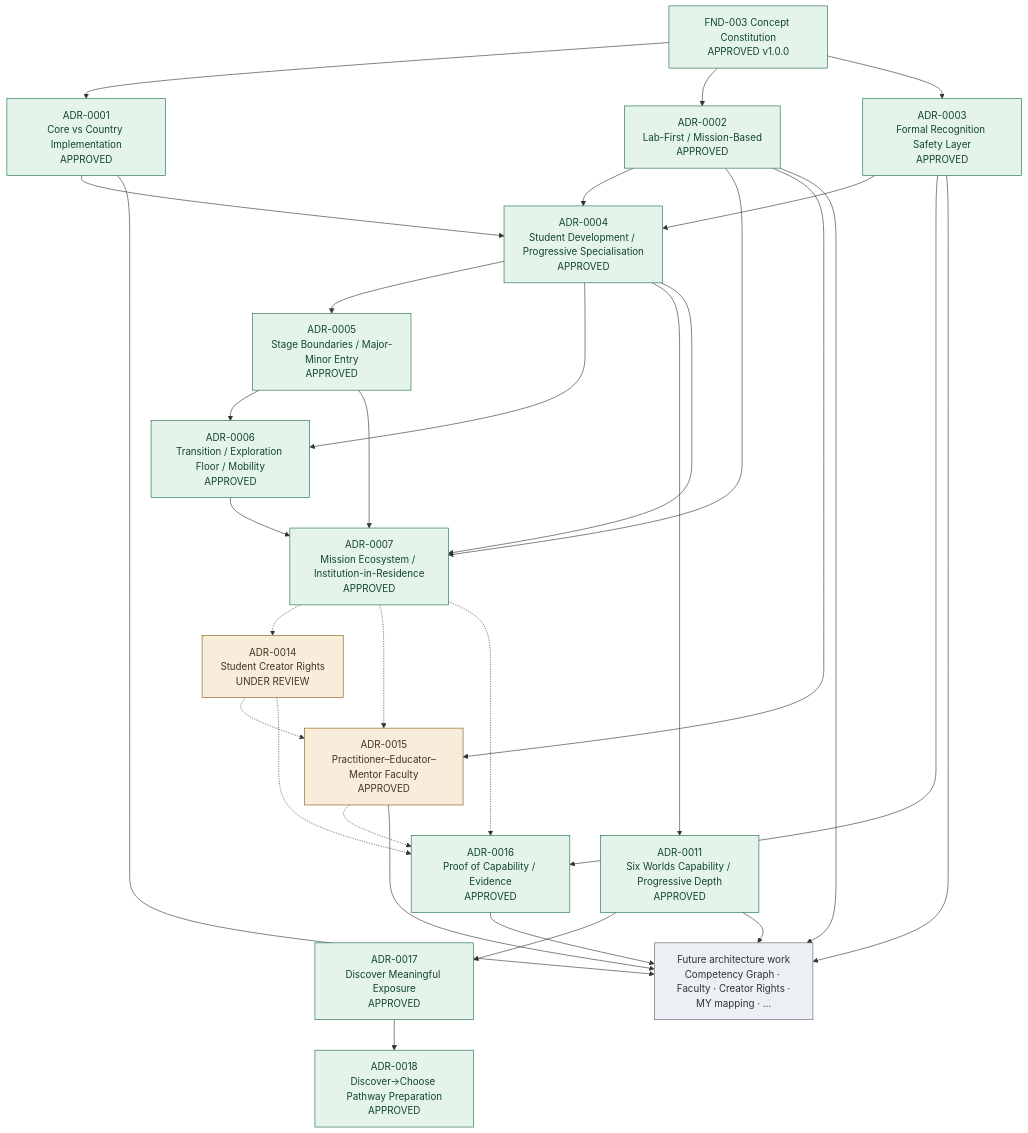
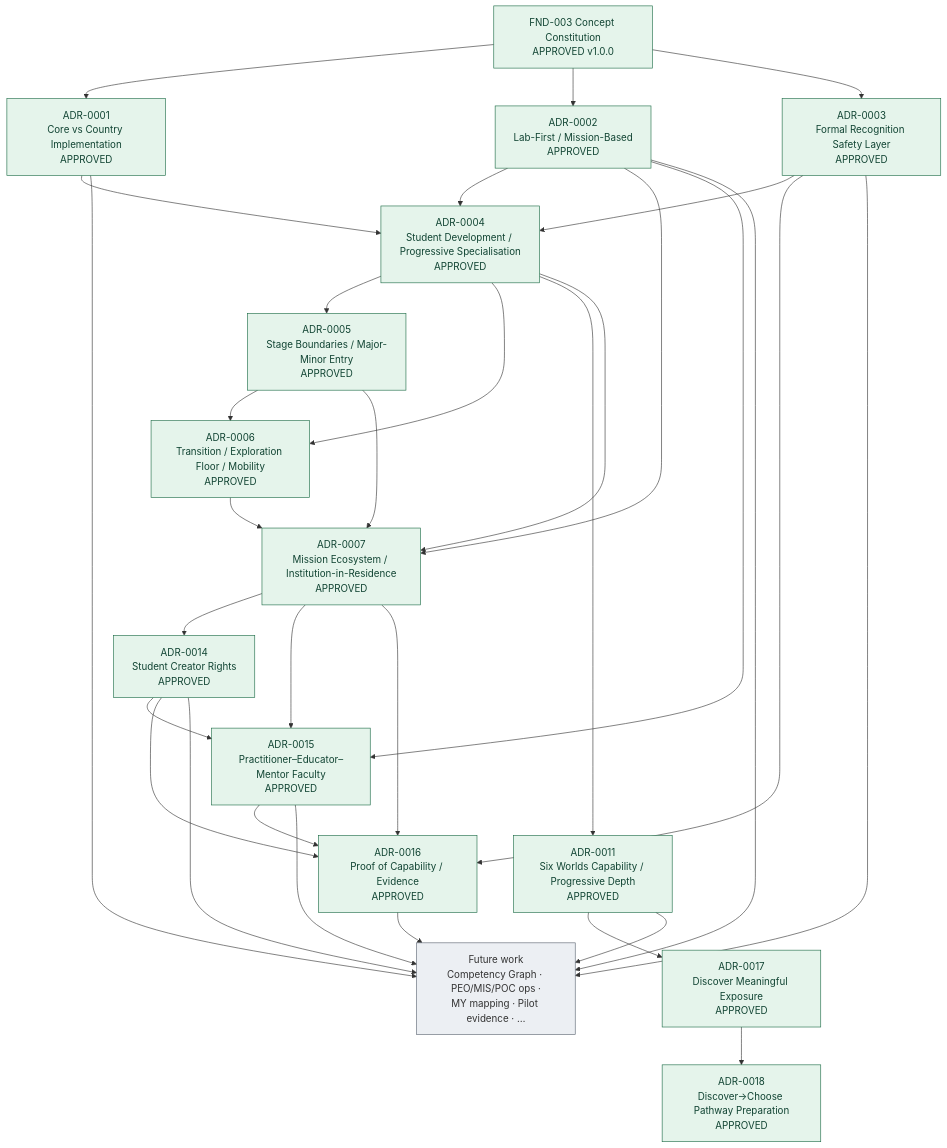
One commit to sp7037/tarbiyat-malaysia-school-blueprint changed the diagram in portal/docs/roadmap.md. Above: the diagram before and after it, drawn with Mermaid. The commit also changed other lines of this file and 13 other files, not shown here.

Commit message:
docs: approve Creator Rights architecture and complete Core Phase 1

````diff
--- a/portal/docs/roadmap.md
+++ b/portal/docs/roadmap.md
@@ -16,58 +16,57 @@
 ```mermaid
 flowchart TD
   CC["FND-003 Concept Constitution<br/>APPROVED v1.0.0"]
 
   A1["ADR-0001<br/>Core vs Country Implementation<br/>APPROVED"]
   A2["ADR-0002<br/>Lab-First / Mission-Based<br/>APPROVED"]
   A3["ADR-0003<br/>Formal Recognition Safety Layer<br/>APPROVED"]
   A4["ADR-0004<br/>Student Development / Progressive Specialisation<br/>APPROVED"]
   A5["ADR-0005<br/>Stage Boundaries / Major-Minor Entry<br/>APPROVED"]
   A6["ADR-0006<br/>Transition / Exploration Floor / Mobility<br/>APPROVED"]
   A7["ADR-0007<br/>Mission Ecosystem / Institution-in-Residence<br/>APPROVED"]
   A11["ADR-0011<br/>Six Worlds Capability / Progressive Depth<br/>APPROVED"]
-  A14["ADR-0014<br/>Student Creator Rights<br/>UNDER REVIEW"]
+  A14["ADR-0014<br/>Student Creator Rights<br/>APPROVED"]
   A15["ADR-0015<br/>Practitioner–Educator–Mentor Faculty<br/>APPROVED"]
   A16["ADR-0016<br/>Proof of Capability / Evidence<br/>APPROVED"]
   A17["ADR-0017<br/>Discover Meaningful Exposure<br/>APPROVED"]
   A18["ADR-0018<br/>Discover→Choose Pathway Preparation<br/>APPROVED"]
 
-  FUT["Future architecture work<br/>Competency Graph · Faculty · Creator Rights ·<br/>MY mapping · …"]
+  FUT["Future work<br/>Competency Graph · PEO/MIS/POC ops ·<br/>MY mapping · Pilot evidence · …"]
 
   CC --> A1
   CC --> A2
   CC --> A3
   A1 --> A4
   A2 --> A4
   A3 --> A4
   A4 --> A5
   A4 --> A6
   A5 --> A6
   A4 --> A11
   A11 --> A17
   A17 --> A18
   A2 --> A7
   A4 --> A7
   A5 --> A7
   A6 --> A7
-  A7 -.-> A14
+  A7 --> A14
   A2 --> A15
-  A7 -.-> A15
-  A14 -.-> A15
+  A7 --> A15
+  A14 --> A15
   A3 --> A16
-  A7 -.-> A16
-  A14 -.-> A16
-  A15 -.-> A16
+  A7 --> A16
+  A14 --> A16
+  A15 --> A16
   A1 --> FUT
   A2 --> FUT
   A3 --> FUT
   A11 --> FUT
+  A14 --> FUT
   A15 --> FUT
   A16 --> FUT
 
   classDef approved fill:#e5f4eb,stroke:#1b6b45,color:#143
-  classDef review fill:#f8ecda,stroke:#8a5a12,color:#432
   classDef future fill:#eceff3,stroke:#5a6270,color:#333
-  class CC,A1,A2,A3,A4,A5,A6,A7,A11,A16,A17,A18 approved
-  class A14,A15 review
+  class CC,A1,A2,A3,A4,A5,A6,A7,A11,A14,A15,A16,A17,A18 approved
   class FUT future
 ```
````
